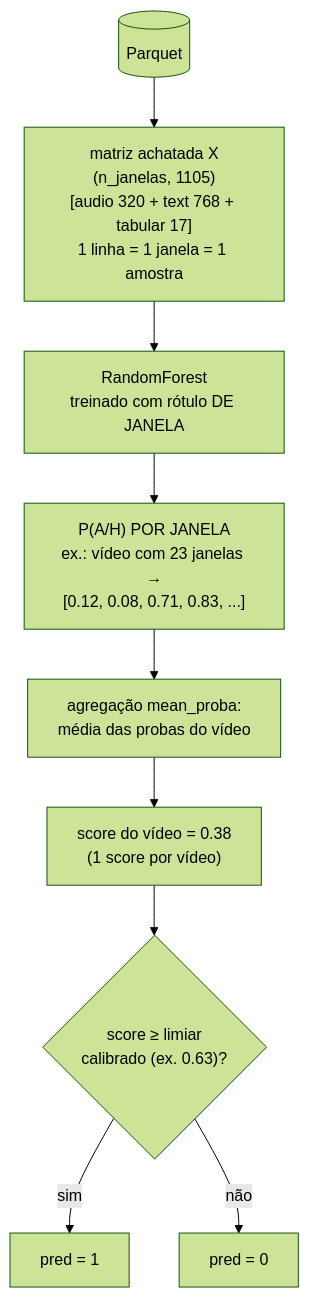
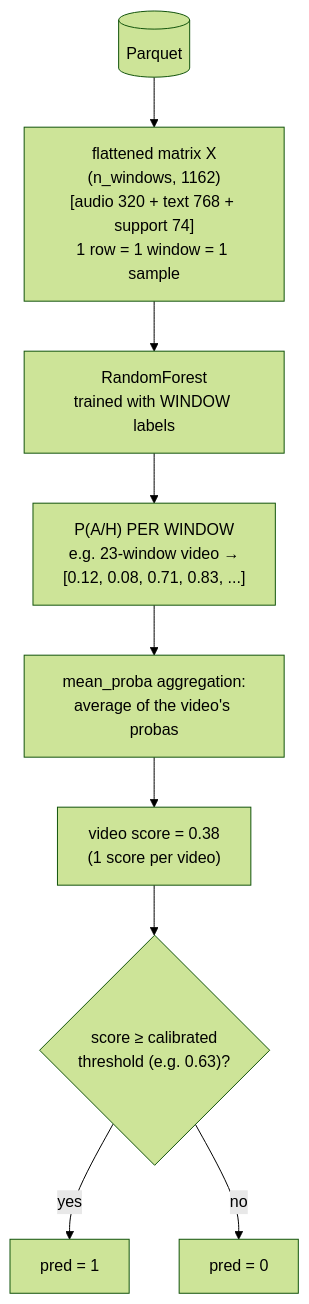
The second of 4 diagrams in README.md (Liga-de-IA-PUCPR/abaw-11-ah-challenge), drawn with Mermaid (forest theme) before and after one commit. The commit also changed other lines of this file, not shown here.

````diff
--- a/README.md
+++ b/README.md
@@ -283,11 +359,11 @@
 ```mermaid
 flowchart TD
-    P[("Parquet")] --> X["matriz achatada X<br/>(n_janelas, 1105)<br/>[audio 320 + text 768 + tabular 17]<br/>1 linha = 1 janela = 1 amostra"]
-    X --> RF["RandomForest<br/>treinado com rótulo DE JANELA"]
-    RF --> PW["P(A/H) POR JANELA<br/>ex.: vídeo com 23 janelas →<br/>[0.12, 0.08, 0.71, 0.83, ...]"]
-    PW --> AG["agregação mean_proba:<br/>média das probas do vídeo"]
-    AG --> S["score do vídeo = 0.38<br/>(1 score por vídeo)"]
-    S --> TH{"score ≥ limiar<br/>calibrado (ex. 0.63)?"}
-    TH -->|sim| Y1["pred = 1"]
-    TH -->|não| Y0["pred = 0"]
+    P[("Parquet")] --> X["flattened matrix X<br/>(n_windows, 1162)<br/>[audio 320 + text 768 + support 74]<br/>1 row = 1 window = 1 sample"]
+    X --> RF["RandomForest<br/>trained with WINDOW labels"]
+    RF --> PW["P(A/H) PER WINDOW<br/>e.g. 23-window video →<br/>[0.12, 0.08, 0.71, 0.83, ...]"]
+    PW --> AG["mean_proba aggregation:<br/>average of the video's probas"]
+    AG --> S["video score = 0.38<br/>(1 score per video)"]
+    S --> TH{"score ≥ calibrated<br/>threshold (e.g. 0.63)?"}
+    TH -->|yes| Y1["pred = 1"]
+    TH -->|no| Y0["pred = 0"]
 ```
````
